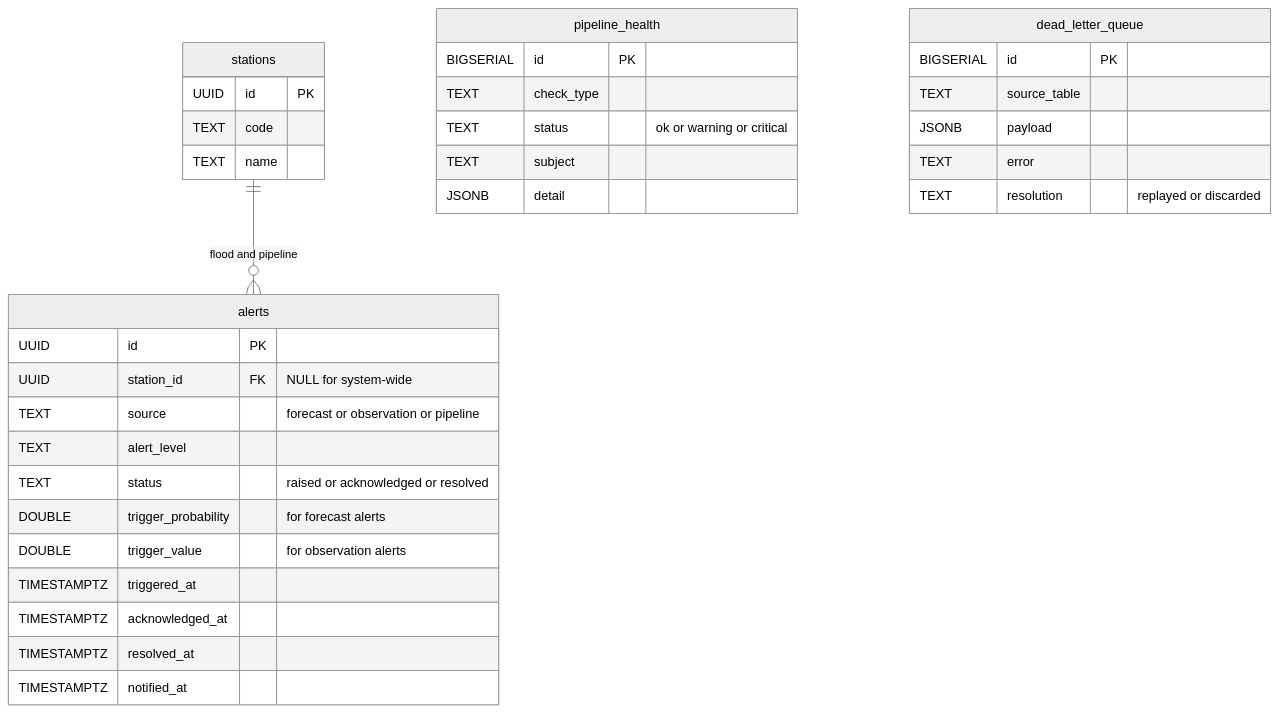
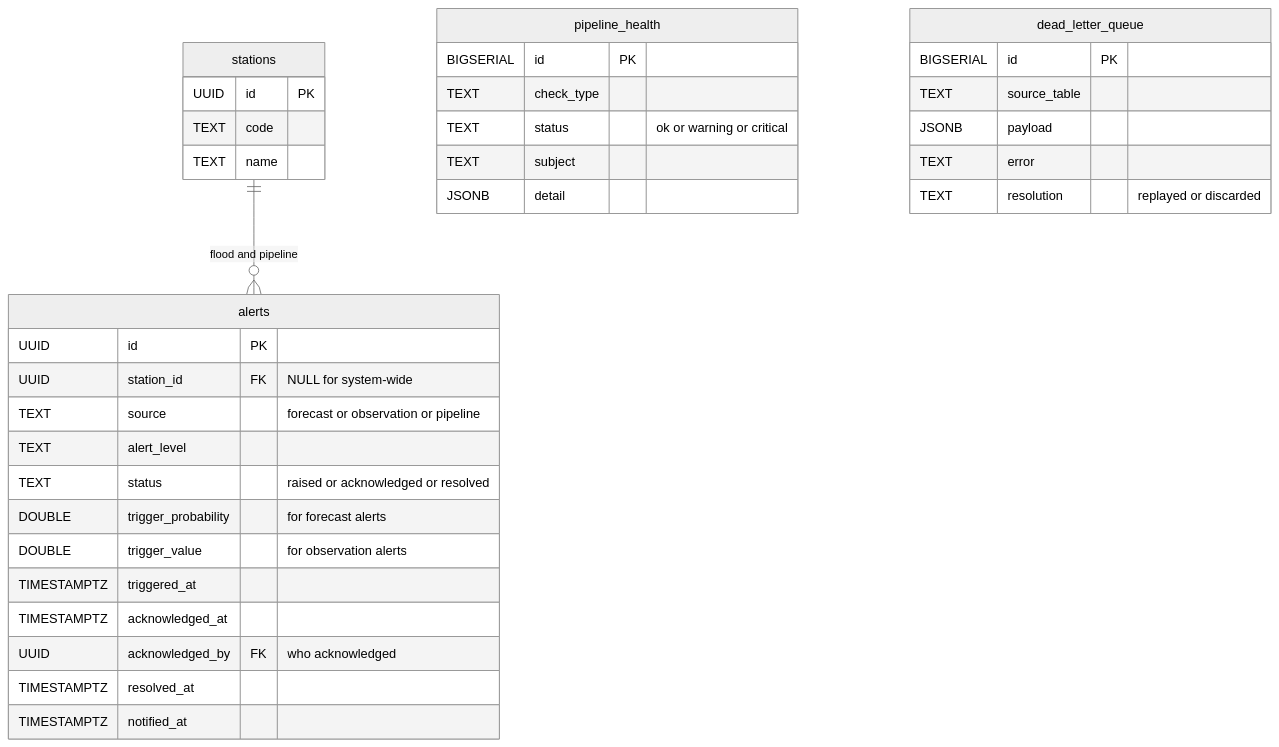
The seventh of 8 diagrams in docs/handover/data-model.md (hydrosolutions/SAPPHIRE_flow), drawn with Mermaid (neutral theme) before and after one commit. The commit also changed other lines of this file and 3 other files, not shown here.

First line of the commit message:
docs: sync data-model.md and database-schema.md with implementation

````diff
--- a/docs/handover/data-model.md
+++ b/docs/handover/data-model.md
@@ -482,40 +525,41 @@
 ```mermaid
 erDiagram
     stations ||--o{ alerts : "flood and pipeline"
 
     stations {
         UUID id PK
         TEXT code
         TEXT name
     }
 
     alerts {
         UUID id PK
         UUID station_id FK "NULL for system-wide"
         TEXT source "forecast or observation or pipeline"
         TEXT alert_level
         TEXT status "raised or acknowledged or resolved"
         DOUBLE trigger_probability "for forecast alerts"
         DOUBLE trigger_value "for observation alerts"
         TIMESTAMPTZ triggered_at
         TIMESTAMPTZ acknowledged_at
+        UUID acknowledged_by FK "who acknowledged"
         TIMESTAMPTZ resolved_at
         TIMESTAMPTZ notified_at
     }
 
     pipeline_health {
         BIGSERIAL id PK
         TEXT check_type
         TEXT status "ok or warning or critical"
         TEXT subject
         JSONB detail
     }
 
     dead_letter_queue {
         BIGSERIAL id PK
         TEXT source_table
         JSONB payload
         TEXT error
         TEXT resolution "replayed or discarded"
     }
 ```
````
